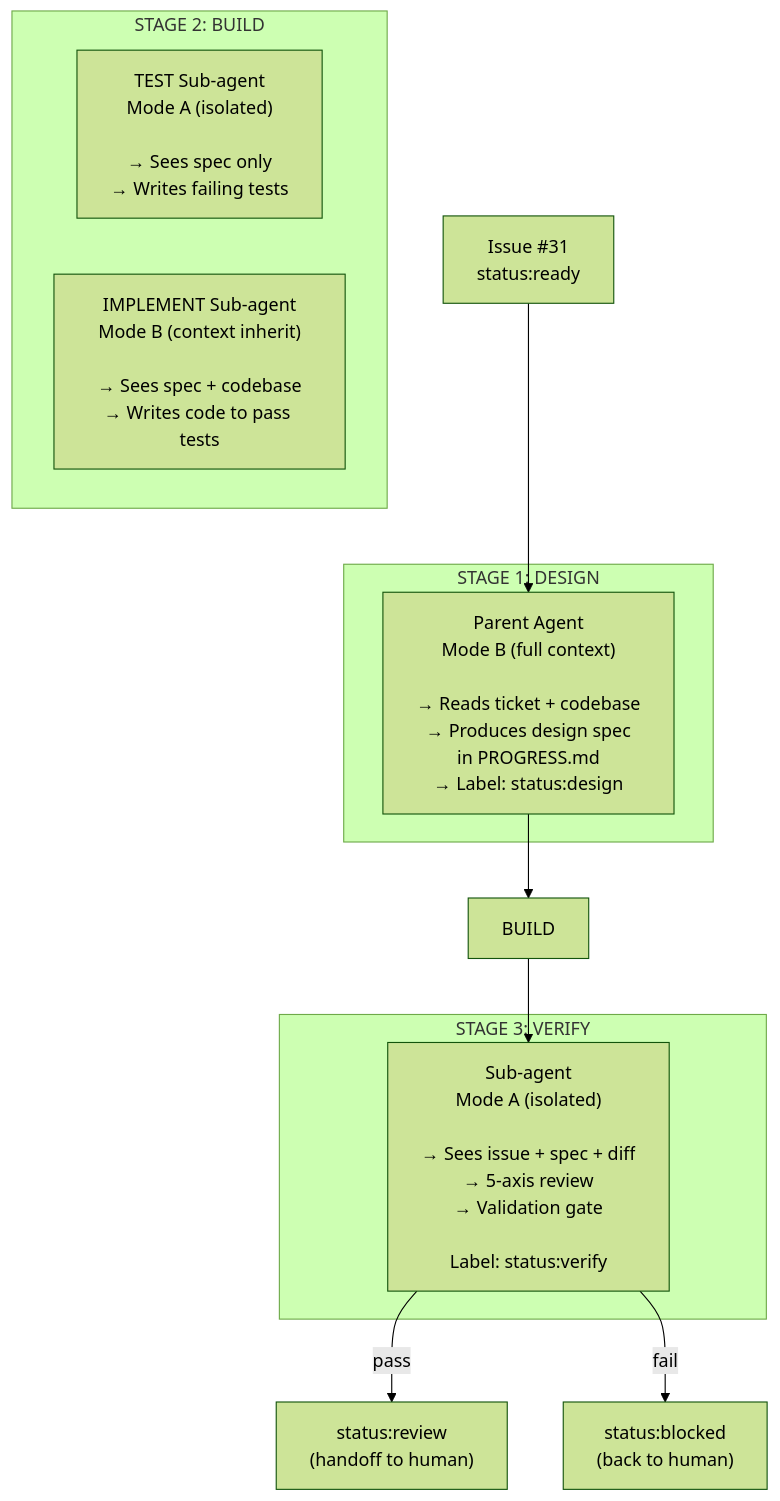
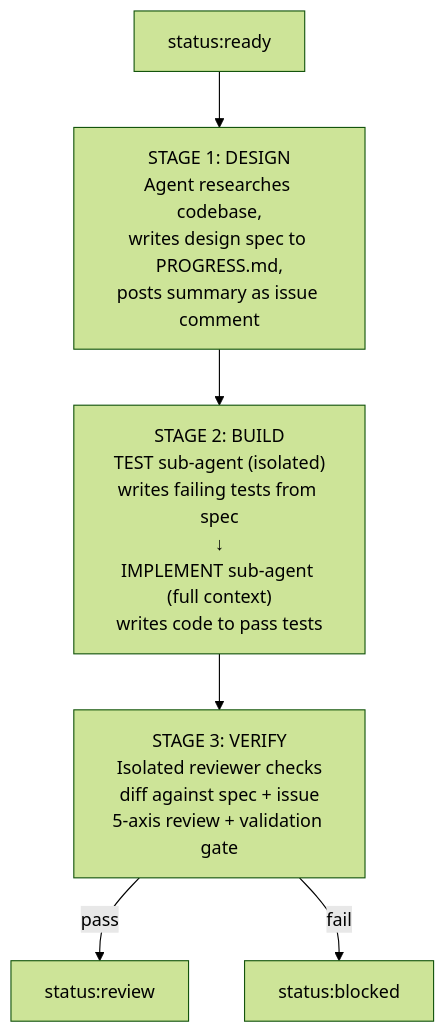
The second of 3 diagrams in docs/getting_started.md (samdharma/ralph_loop), drawn with Mermaid (forest theme) before and after one commit. The commit also changed other lines of this file and 3 other files, not shown here.

````diff
--- a/docs/getting_started.md
+++ b/docs/getting_started.md
@@ -389,24 +156,11 @@
 ```mermaid
 flowchart TD
-    READY["Issue #31<br/>status:ready"] --> DESIGN
+    READY["status:ready"] --> DESIGN
 
-    subgraph DESIGN_BOX["STAGE 1: DESIGN"]
-        DESIGN["Parent Agent<br/>Mode B (full context)<br/><br/>→ Reads ticket + codebase<br/>→ Produces design spec<br/>  in PROGRESS.md<br/>→ Label: status:design"]
-    end
+    DESIGN["STAGE 1: DESIGN<br/>Agent researches codebase,<br/>writes design spec to PROGRESS.md,<br/>posts summary as issue comment"] --> BUILD
 
-    DESIGN --> BUILD
+    BUILD["STAGE 2: BUILD<br/>TEST sub-agent (isolated)<br/>writes failing tests from spec<br/>↓<br/>IMPLEMENT sub-agent (full context)<br/>writes code to pass tests"] --> VERIFY
 
-    subgraph BUILD_BOX["STAGE 2: BUILD"]
-        TEST["TEST Sub-agent<br/>Mode A (isolated)<br/><br/>→ Sees spec only<br/>→ Writes failing tests"]
-        IMPL["IMPLEMENT Sub-agent<br/>Mode B (context inherit)<br/><br/>→ Sees spec + codebase<br/>→ Writes code to pass tests"]
-    end
-
-    BUILD --> VERIFY
-
-    subgraph VERIFY_BOX["STAGE 3: VERIFY"]
-        VERIFY["Sub-agent<br/>Mode A (isolated)<br/><br/>→ Sees issue + spec + diff<br/>→ 5-axis review<br/>→ Validation gate<br/><br/>Label: status:verify"]
-    end
-
-    VERIFY -->|"pass"| REVIEW["status:review<br/>(handoff to human)"]
-    VERIFY -->|"fail"| BLOCKED["status:blocked<br/>(back to human)"]
+    VERIFY["STAGE 3: VERIFY<br/>Isolated reviewer checks<br/>diff against spec + issue<br/>5-axis review + validation gate"] -->|pass| REVIEW["status:review"]
+    VERIFY -->|fail| BLOCKED["status:blocked"]
 ```
````
